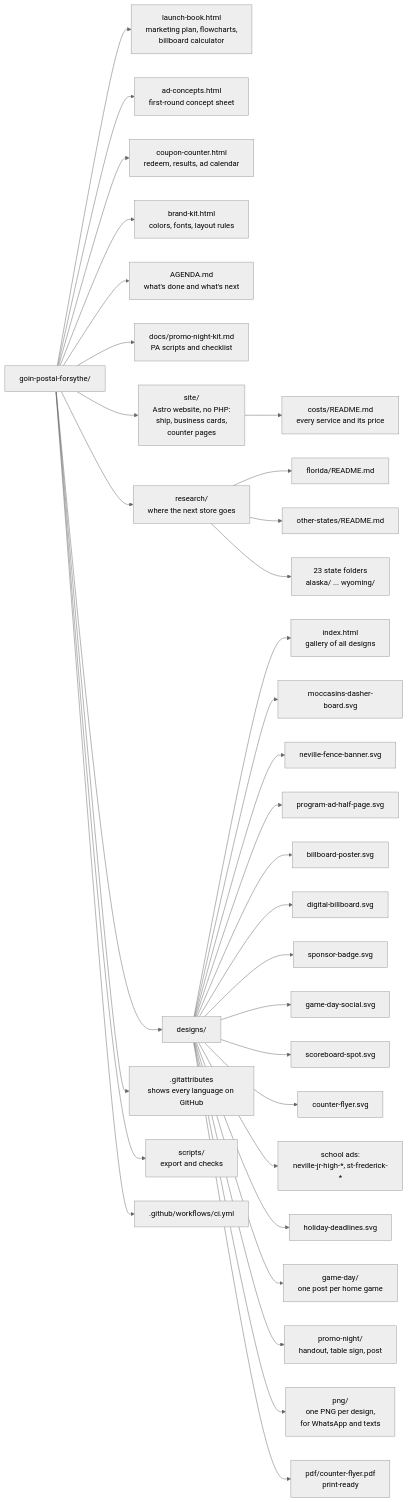
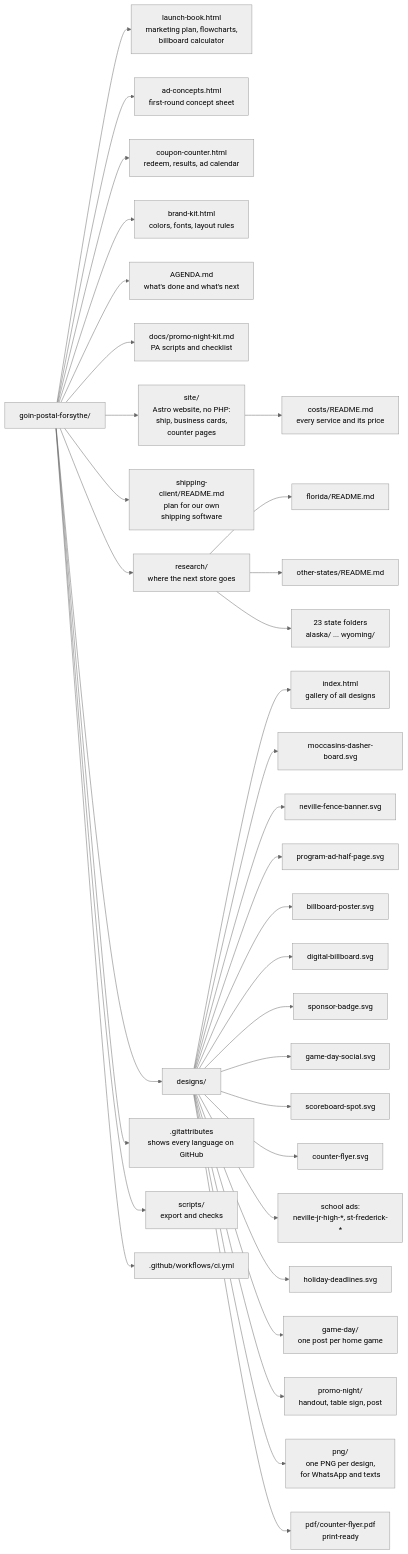
One commit to wbp318/goin-postal-forsythe changed diagram 15 of 29 in README.md. Above: the diagram before and after it, drawn with Mermaid (neutral theme). The commit also changed other lines of this file and 3 other files, not shown here.

First line of the commit message:
Shipping client: agenda for building our own, replacing Easyship

````diff
--- a/README.md
+++ b/README.md
@@ -803,35 +822,36 @@
 ```mermaid
 flowchart LR
   R["goin-postal-forsythe/"] --> A["launch-book.html<br/>marketing plan, flowcharts,<br/>billboard calculator"]
   R --> B["ad-concepts.html<br/>first-round concept sheet"]
   R --> CC["coupon-counter.html<br/>redeem, results, ad calendar"]
   R --> BK["brand-kit.html<br/>colors, fonts, layout rules"]
   R --> AG["AGENDA.md<br/>what's done and what's next"]
   R --> DOC["docs/promo-night-kit.md<br/>PA scripts and checklist"]
   R --> ST["site/<br/>Astro website, no PHP:<br/>ship, business cards,<br/>counter pages"]
   ST --> STC["costs/README.md<br/>every service and its price"]
+  R --> SC["shipping-client/README.md<br/>plan for our own<br/>shipping software"]
   R --> RS["research/<br/>where the next store goes"]
   RS --> RS1["florida/README.md"]
   RS --> RS2["other-states/README.md"]
   RS --> RS3["23 state folders<br/>alaska/ ... wyoming/"]
   R --> D["designs/"]
   R --> G[".gitattributes<br/>shows every language on GitHub"]
   D --> D0["index.html<br/>gallery of all designs"]
   D --> D1["moccasins-dasher-board.svg"]
   D --> D2["neville-fence-banner.svg"]
   D --> D3["program-ad-half-page.svg"]
   D --> D4["billboard-poster.svg"]
   D --> D5["digital-billboard.svg"]
   D --> D6["sponsor-badge.svg"]
   D --> D7["game-day-social.svg"]
   D --> D8["scoreboard-spot.svg"]
   D --> D9["counter-flyer.svg"]
   D --> D10["school ads:<br/>neville-jr-high-*, st-frederick-*"]
   D --> D11["holiday-deadlines.svg"]
   D --> GD["game-day/<br/>one post per home game"]
   D --> PN["promo-night/<br/>handout, table sign, post"]
   D --> P["png/<br/>one PNG per design,<br/>for WhatsApp and texts"]
   D --> F["pdf/counter-flyer.pdf<br/>print-ready"]
   R --> S["scripts/<br/>export and checks"]
   R --> W[".github/workflows/ci.yml"]
 ```
````
